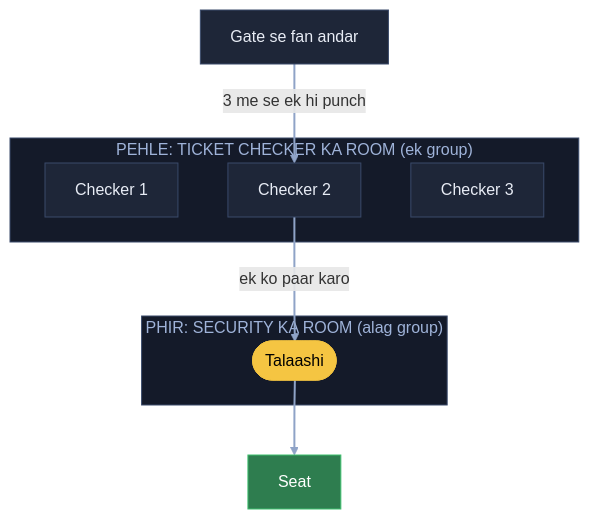
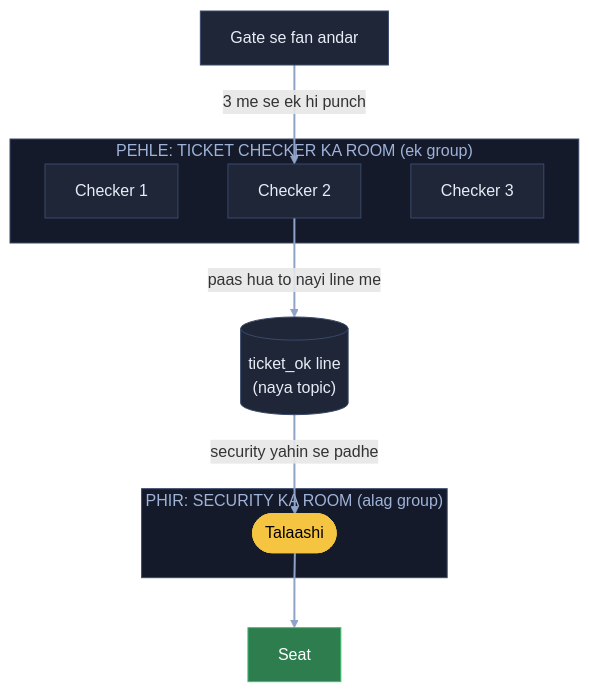
One commit to ArpanMaheshwari144/Prep changed the fourth of 10 diagrams in 04_HLD/SYSTEM_DESIGNS/12_message_queue_kafka/12_message_queue_kafka.md. Above: the diagram before and after it, drawn with Mermaid. The commit also changed other lines of this file and 2 other files, not shown here.

Commit message:
Kafka kadam 4: pehle ticket phir talaashi = nayi line ticket_ok se security; scanner hang = 2-3 scanner (zyada consumer) (audit A5)

````diff
--- a/04_HLD/SYSTEM_DESIGNS/12_message_queue_kafka/12_message_queue_kafka.md
+++ b/04_HLD/SYSTEM_DESIGNS/12_message_queue_kafka/12_message_queue_kafka.md
@@ -138,23 +147,25 @@
 ```mermaid
 flowchart TB
     G["Gate se fan andar"]:::card
     subgraph CK["PEHLE: TICKET CHECKER KA ROOM (ek group)"]
         C1["Checker 1"]:::card
         C2["Checker 2"]:::card
         C3["Checker 3"]:::card
     end
     subgraph SK["PHIR: SECURITY KA ROOM (alag group)"]
         S1(["Talaashi"]):::pill
     end
     OK["Seat"]:::good
+    T[("ticket_ok line<br/>(naya topic)")]:::card
     G -- "3 me se ek hi punch" --> C2
-    C2 -- "ek ko paar karo" --> S1
+    C2 -- "paas hua to nayi line me" --> T
+    T -- "security yahin se padhe" --> S1
     S1 --> OK
     linkStyle default stroke:#8fa3c7,stroke-width:2px
     classDef card fill:#1e2638,stroke:#3a4a6b,color:#e8ecf5
     classDef pill fill:#f5c542,stroke:#f5c542,color:#000
     classDef good fill:#2e7d4f,stroke:#3fbf6f,color:#fff
     classDef bad fill:#5c1f24,stroke:#e05561,color:#fff
     style CK fill:#141a29,stroke:#3a4a6b,color:#9fb3d9
     style SK fill:#141a29,stroke:#3a4a6b,color:#9fb3d9
 ```
````
